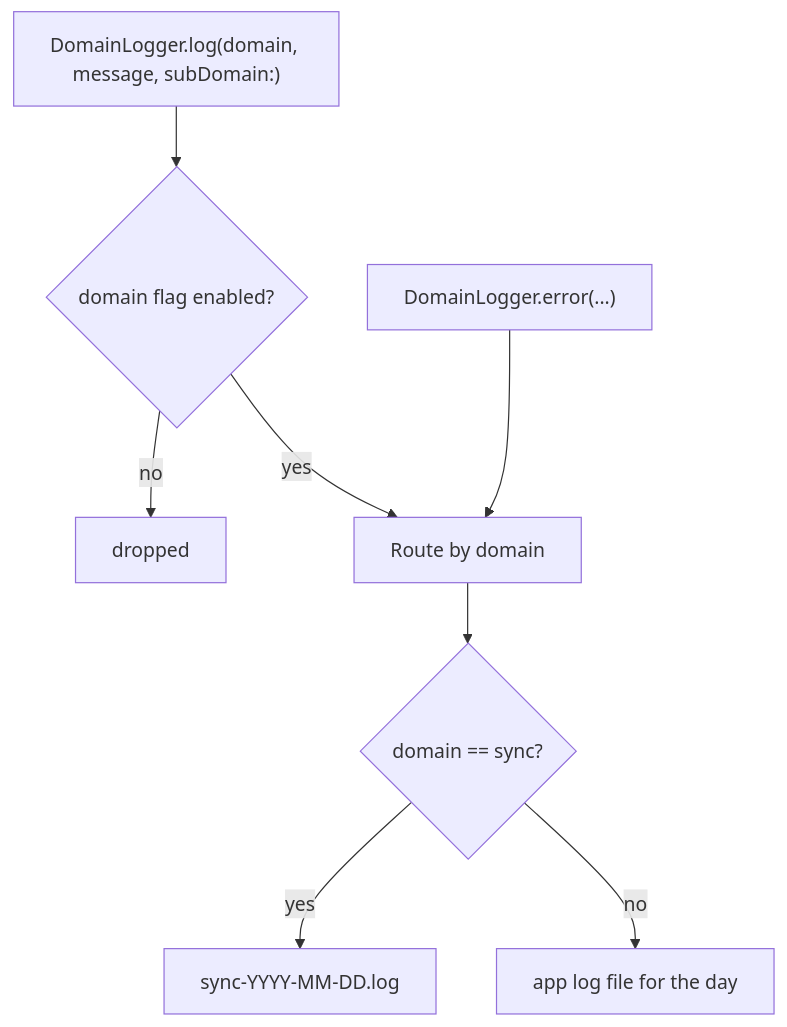
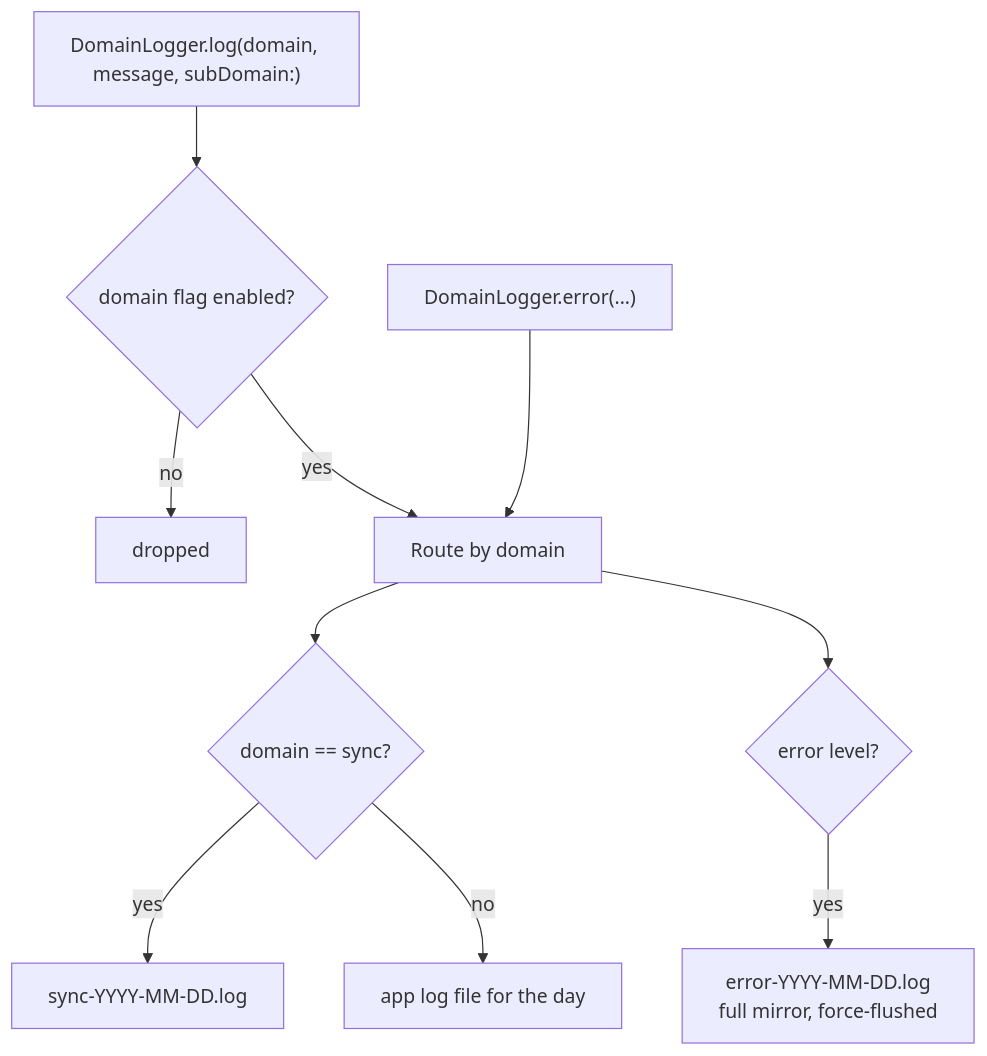
Before and after one commit to matthiasn/lotti: the diagram in knowledge/architecture/logging-and-diagnostics.md, drawn with Mermaid. The commit also changed other lines of this file and 10 other files, not shown here.

````diff
--- a/knowledge/architecture/logging-and-diagnostics.md
+++ b/knowledge/architecture/logging-and-diagnostics.md
@@ -56,10 +56,12 @@
 ```mermaid
 flowchart TD
   Call["DomainLogger.log(domain, message, subDomain:)"] --> Enabled{"domain flag enabled?"}
   Enabled -->|no| Drop["dropped"]
   Enabled -->|yes| Route
   Err["DomainLogger.error(...)"] --> Route["Route by domain"]
   Route --> SyncFile{"domain == sync?"}
   SyncFile -->|yes| SyncLog["sync-YYYY-MM-DD.log"]
   SyncFile -->|no| MainLog["app log file for the day"]
+  Route --> IsError{"error level?"}
+  IsError -->|yes| ErrLog["error-YYYY-MM-DD.log<br/>full mirror, force-flushed"]
 ```
````
